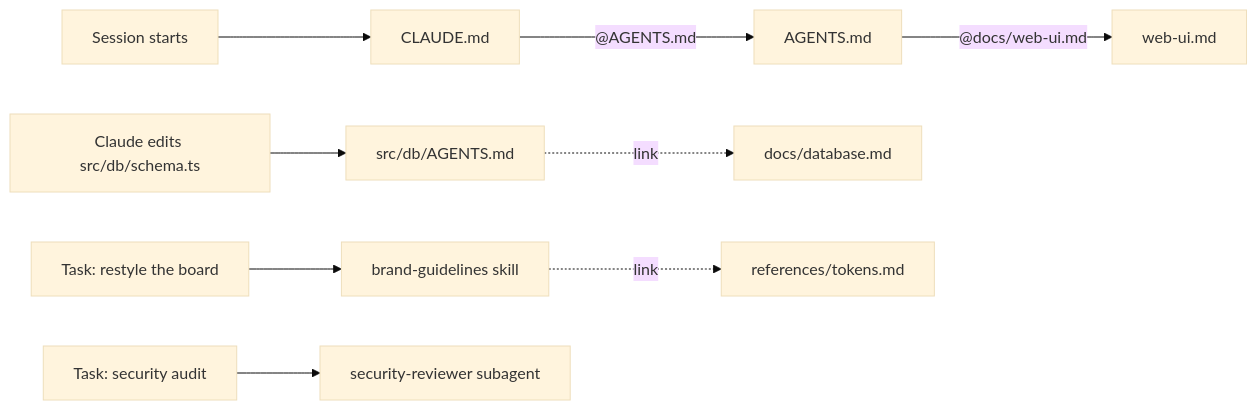
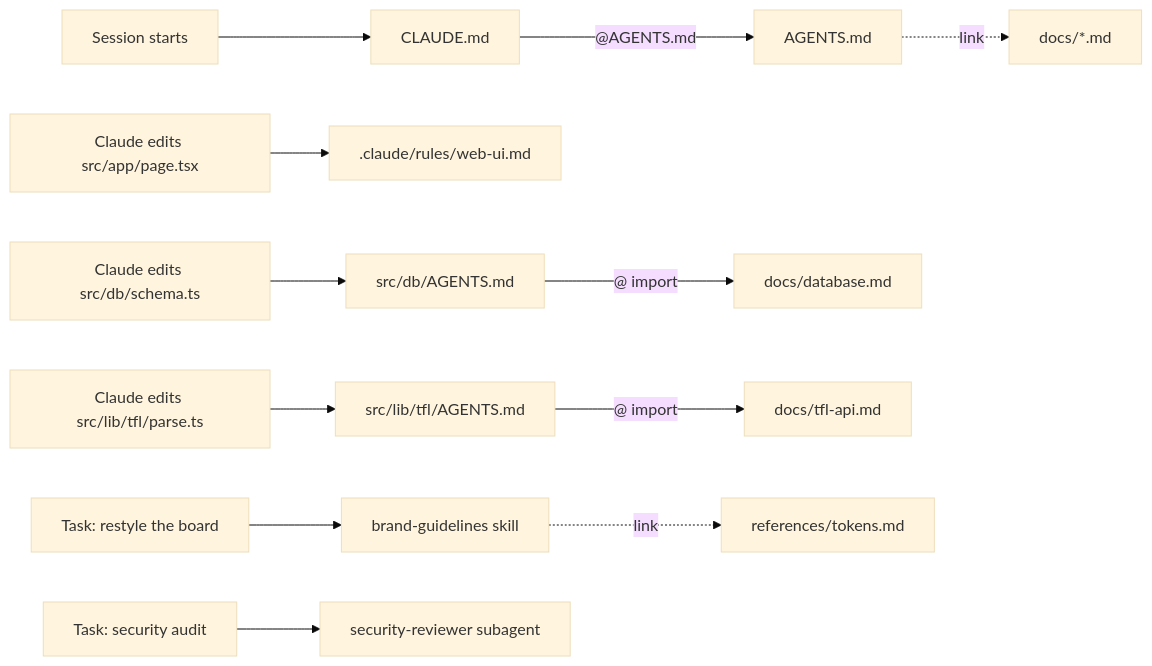
The diagram in README.md (SapienAI-UK/claude-code-example-repo), drawn with Mermaid (base theme) before and after one commit. The commit also changed other lines of this file and 8 other files, not shown here.

````diff
--- a/README.md
+++ b/README.md
@@ -112,11 +119,14 @@
 ```mermaid
 flowchart LR
   A[Session starts] --> B[CLAUDE.md]
   B -->|"@AGENTS.md"| C[AGENTS.md]
-  C -->|"@docs/web-ui.md"| D[web-ui.md]
+  C -.->|link| D[docs/*.md]
+  M[Claude edits src/app/page.tsx] --> N[.claude/rules/web-ui.md]
   E[Claude edits src/db/schema.ts] --> F[src/db/AGENTS.md]
-  F -.->|link| G[docs/database.md]
+  F -->|"@ import"| G[docs/database.md]
+  P[Claude edits src/lib/tfl/parse.ts] --> Q[src/lib/tfl/AGENTS.md]
+  Q -->|"@ import"| R[docs/tfl-api.md]
   H[Task: restyle the board] --> I[brand-guidelines skill]
   I -.->|link| J[references/tokens.md]
   K[Task: security audit] --> L[security-reviewer subagent]
 ```
````
